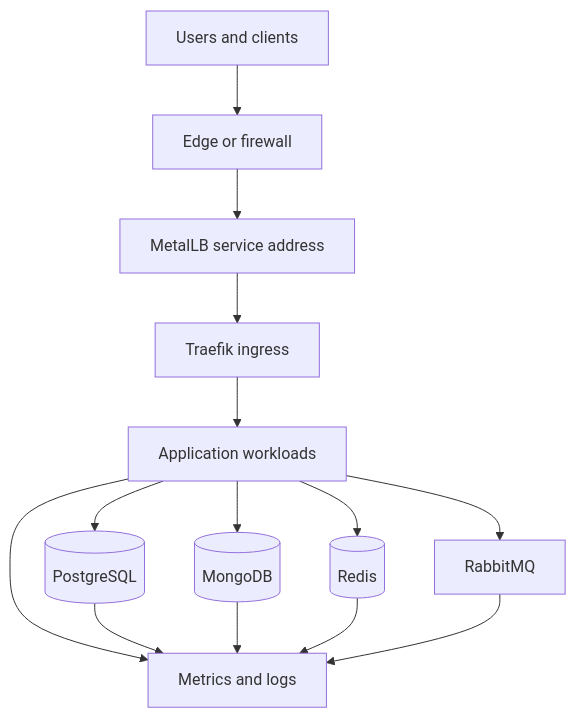
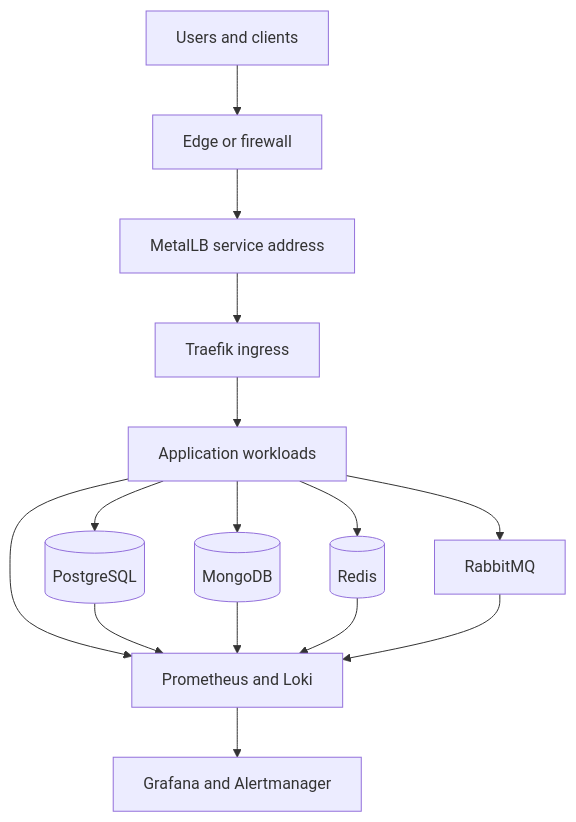
One commit to lalitmohanjaimini/production-k3s-platform-blueprint changed the diagram in README.md. Above: the diagram before and after it, drawn with Mermaid. The commit also changed other lines of this file, not shown here.

````diff
--- a/README.md
+++ b/README.md
@@ -26,16 +26,17 @@
 ```mermaid
 flowchart TB
     U[Users and clients] --> E[Edge or firewall]
     E --> M[MetalLB service address]
     M --> T[Traefik ingress]
     T --> A[Application workloads]
     A --> P[(PostgreSQL)]
     A --> G[(MongoDB)]
     A --> R[(Redis)]
     A --> Q[RabbitMQ]
-    A --> O[Metrics and logs]
+    A --> O[Prometheus and Loki]
     P --> O
     G --> O
     R --> O
     Q --> O
+    O --> D[Grafana and Alertmanager]
 ```
````
